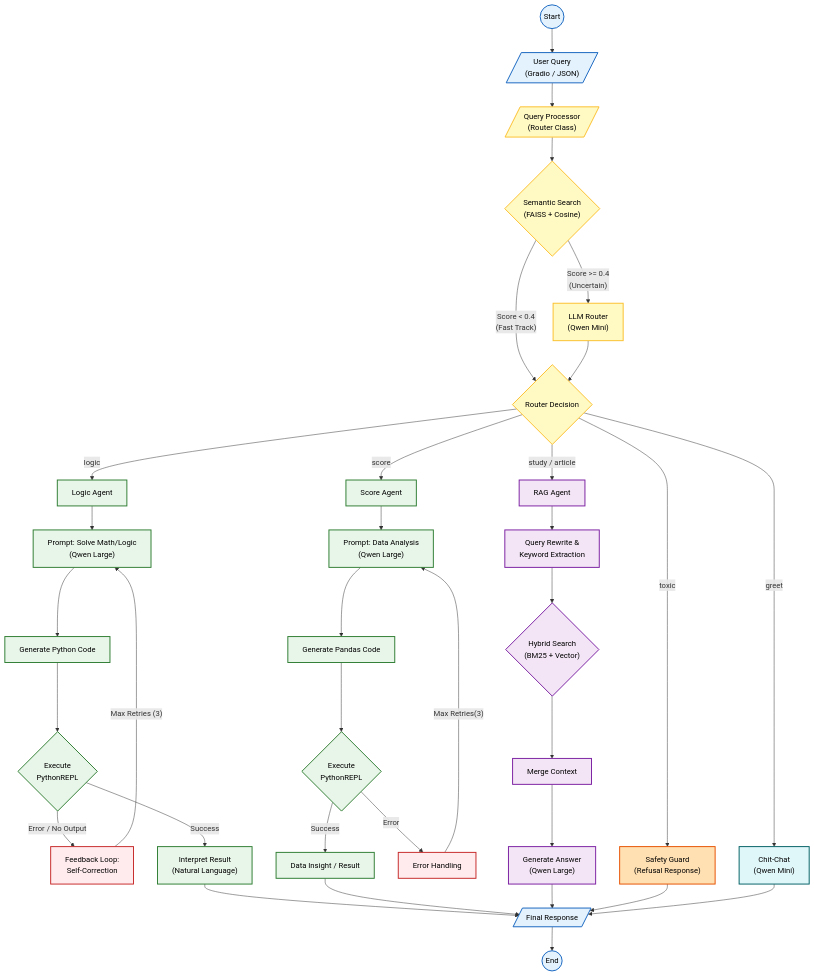
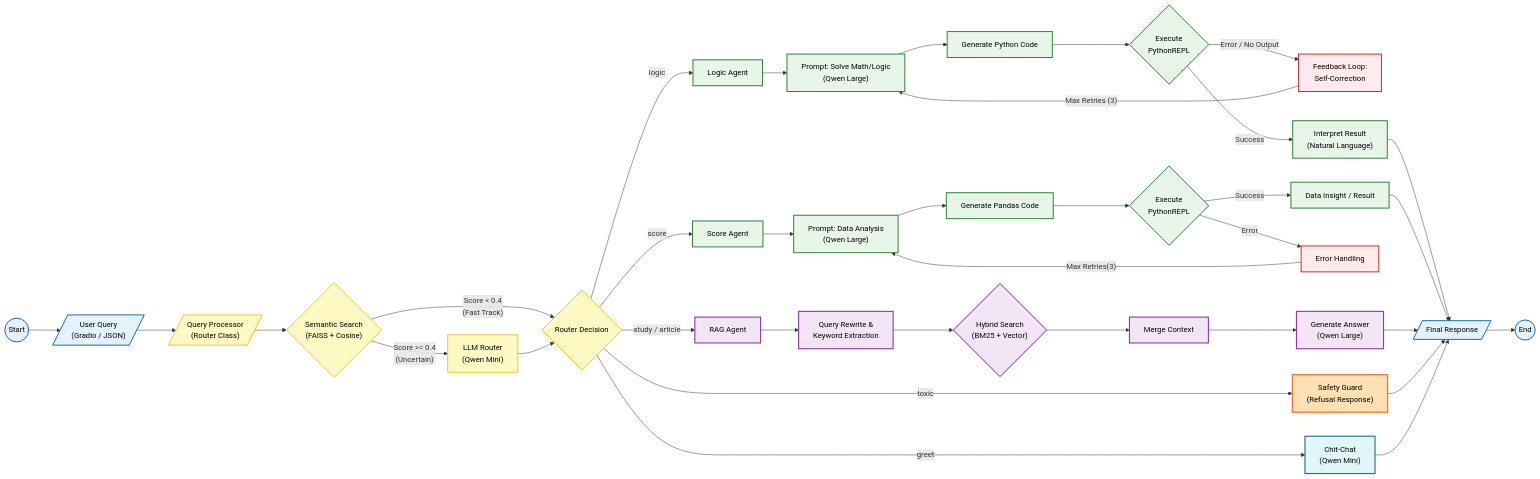
The diagram in README.md (Tuevu110405/Agentic-RAG-Project), drawn with Mermaid before and after one commit. The commit also changed other lines of this file, not shown here.

Commit message:
rotate graph and add Gradio in ReadME

````diff
--- a/README.md
+++ b/README.md
@@ -15,81 +15,81 @@
 ```mermaid
-graph TD
+graph LR
     %% --- KHỞI TẠO ---
     Start((Start)) --> UserInput[/"User Query<br/>(Gradio / JSON)"/]
     
     %% --- ROUTER LAYER ---
     UserInput --> RouterProcess[/"Query Processor<br/>(Router Class)"/]
     RouterProcess --> SemanticCheck{"Semantic Search<br/>(FAISS + Cosine)"}
     
     SemanticCheck -- "Score < 0.4<br/>(Fast Track)" --> RouteDecision
     SemanticCheck -- "Score >= 0.4<br/>(Uncertain)" --> LLMRouter["LLM Router<br/>(Qwen Mini)"]
     LLMRouter --> RouteDecision{Router Decision}
 
     %% --- AGENT LAYER ---
     
     %% 1. LOGIC AGENT (Python REPL)
     RouteDecision -- logic --> LogicAgent["Logic Agent"]
     LogicAgent --> LogicPrompt["Prompt: Solve Math/Logic<br/>(Qwen Large)"]
     LogicPrompt --> GenCode["Generate Python Code"]
     GenCode --> ExecCode{"Execute<br/>PythonREPL"}
     
     ExecCode -- "Error / No Output" --> RetryLoop["Feedback Loop:<br/>Self-Correction"]
     RetryLoop -- "Max Retries (3)" --> LogicPrompt
     ExecCode -- "Success" --> Interpret["Interpret Result<br/>(Natural Language)"]
 
     %% 2. SCORE AGENT (Pandas)
     RouteDecision -- score --> ScoreAgent["Score Agent"]
     ScoreAgent --> ScorePrompt["Prompt: Data Analysis<br/>(Qwen Large)"]
     ScorePrompt --> GenPandas["Generate Pandas Code"]
     GenPandas --> ExecPandas{"Execute<br/>PythonREPL"}
     ExecPandas -- "Success" --> DataOutput["Data Insight / Result"]
     ExecPandas -- "Error" --> ScoreError["Error Handling"]
     ScoreError -- Max Retries(3) --> ScorePrompt
 
     %% 3. RAG AGENT (Study & Article)
     RouteDecision -- "study / article" --> RAGAgent["RAG Agent"]
     RAGAgent --> Rewrite["Query Rewrite &<br/>Keyword Extraction"]
     Rewrite --> HybridSearch{"Hybrid Search<br/>(BM25 + Vector)"}
     HybridSearch --> Context["Merge Context"]
     Context --> RAGGen["Generate Answer<br/>(Qwen Large)"]
 
     %% 4. SAFETY & CHIT-CHAT
     RouteDecision -- toxic --> Toxic["Safety Guard<br/>(Refusal Response)"]
     RouteDecision -- greet --> Greet["Chit-Chat<br/>(Qwen Mini)"]
 
     %% --- OUTPUT LAYER ---
     Interpret & DataOutput & RAGGen & Toxic & Greet --> FinalOutput[/"Final Response"/]
     FinalOutput --> Stop((End))
 
     %% --- STYLING ---
     %% Định nghĩa màu sắc (Pastel colors để dễ đọc text đen)
     classDef main fill:#E3F2FD,stroke:#1565C0,stroke-width:2px,color:#000;
     classDef router fill:#FFF9C4,stroke:#FBC02D,stroke-width:2px,color:#000;
     classDef logic fill:#E8F5E9,stroke:#2E7D32,stroke-width:2px,color:#000;
     classDef rag fill:#F3E5F5,stroke:#7B1FA2,stroke-width:2px,color:#000;
     classDef error fill:#FFEBEE,stroke:#C62828,stroke-width:2px,color:#000;
     
     %% Class mới cho Safety và Chat
     classDef safety fill:#FFE0B2,stroke:#E65100,stroke-width:2px,color:#000;
     classDef chat fill:#E0F7FA,stroke:#006064,stroke-width:2px,color:#000;
 
     %% Áp dụng Class vào Node
     class Start,UserInput,FinalOutput,Stop main;
     
     %% Router Layer (Thêm RouterProcess vào đây)
     class SemanticCheck,LLMRouter,RouteDecision,RouterProcess router;
     
     %% Logic & Score Agent (Thêm ScorePrompt vào đây)
     class LogicAgent,GenCode,ExecCode,Interpret,LogicPrompt logic;
     class ScoreAgent,GenPandas,ExecPandas,DataOutput,ScorePrompt logic;
     
     %% RAG Agent
     class RAGAgent,Rewrite,HybridSearch,RAGGen,Context rag;
     
     %% Error Handlers
     class RetryLoop,ScoreError error;
     
     %% Safety & Chat (Màu mới)
     class Toxic safety;
     class Greet chat;
 ```
````
